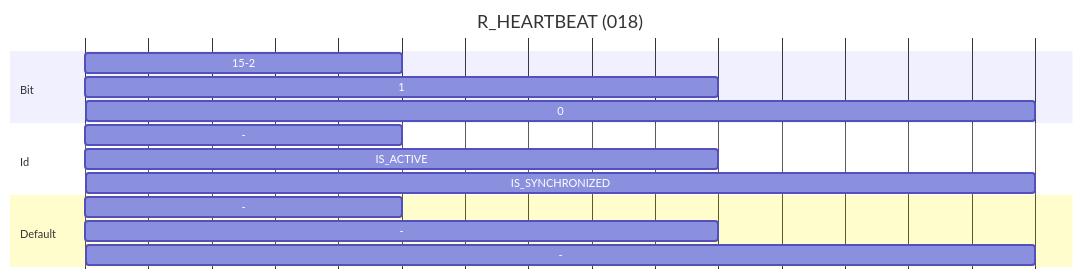
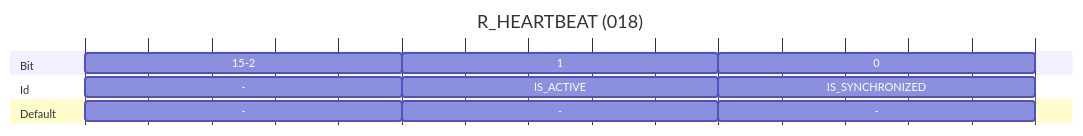
One commit to harp-tech/protocol changed the ninth of 19 diagrams in Device.md. Above: the diagram before and after it, drawn with Mermaid. The commit also changed other lines of this file, not shown here.

First line of the commit message:
Fix diagram layout for R_HEARTBEAT and R_VERSION (#179)

````diff
--- a/Device.md
+++ b/Device.md
@@ -439,24 +439,24 @@
 ```mermaid
 ---
 displayMode: compact
 ---
 gantt
     title R_HEARTBEAT (018)
     dateFormat X
     axisFormat %
 
     section Bit
     15-2      :reserved, 0, 1
-    1         :bit1, 1, 2
-    0         :bit0, 2, 3
+    1         :bit1, after reserved, 2
+    0         :bit0, after bit1, 3
 
     section Id
     -               :idr, 0, 1
-    IS_ACTIVE       :id0, 1, 2
-    IS_SYNCHRONIZED :id1, 2, 3
+    IS_ACTIVE       :id0, after reserved, 2
+    IS_SYNCHRONIZED :id1, after bit1, 3
 
     section Default
     -      :dr, 0, 1
-    -      :d7, 1, 2
-    -      :d6, 2, 3
+    -      :d7, after reserved, 2
+    -      :d6, after bit1, 3
 ```
````
